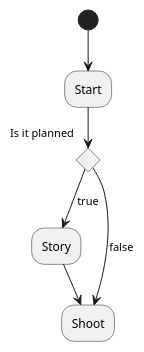
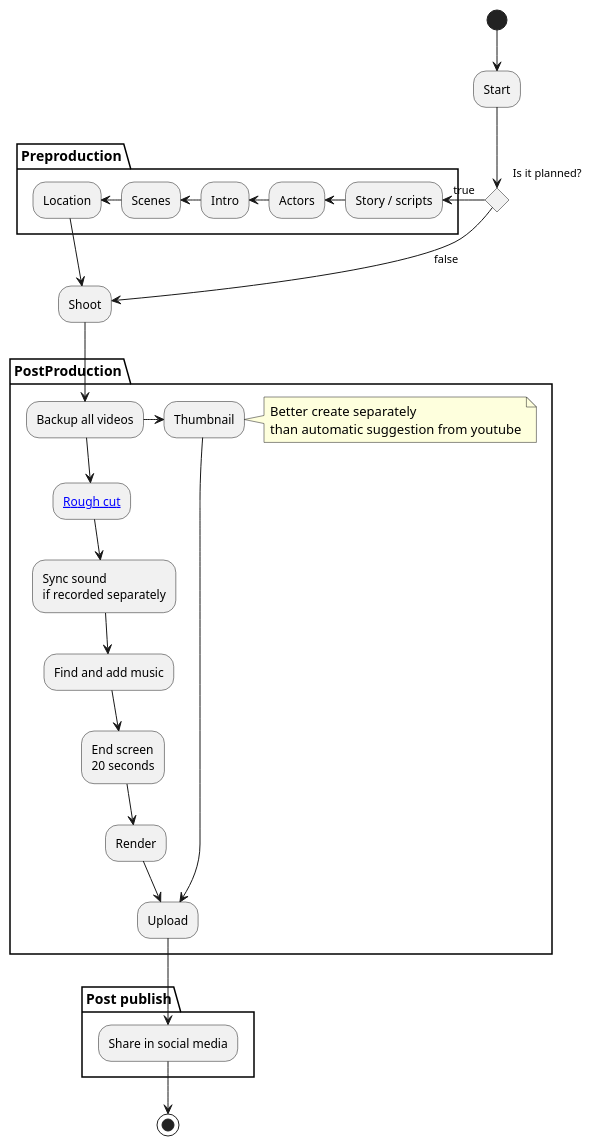
One commit to mind-maps/technology changed the diagram in media/video/beginer-youtube-workflow.puml. Above: the diagram before and after it, drawn with PlantUML.

Commit message:
updated to workflow

```diff
--- a/media/video/beginer-youtube-workflow.puml
+++ b/media/video/beginer-youtube-workflow.puml
@@ -1,9 +1,31 @@
 @startuml
 (*) -->"Start"
-if "Is it planned" then
--->[true] "Story"
+if "Is it planned?" then
+partition "Preproduction" {
+    --left> [true] "Story / scripts"
+    --left> "Actors"
+    --left> "Intro"
+    --left> "Scenes"
+    -left-> "Location"
+}
 --> "Shoot"
 else
 -->[false] "Shoot"
-
+endif
+partition PostProduction {
+    --> "Backup all videos" as B
+    --> "[[https://en.wikipedia.org/wiki/Rough_cut Rough cut]]" as RC
+    --> "Sync sound\nif recorded separately"
+    --> "Find and add music"
+    --> "End screen\n20 seconds"
+    --> "Render" as R
+    R --> "Upload" as U
+    B -right-> "Thumbnail"
+    note right: Better create separately \nthan automatic suggestion from youtube
+    --> U
+}
+partition "Post publish"{
+    --> "Share in social media"
+}
+-->(*)
 @enduml
```
